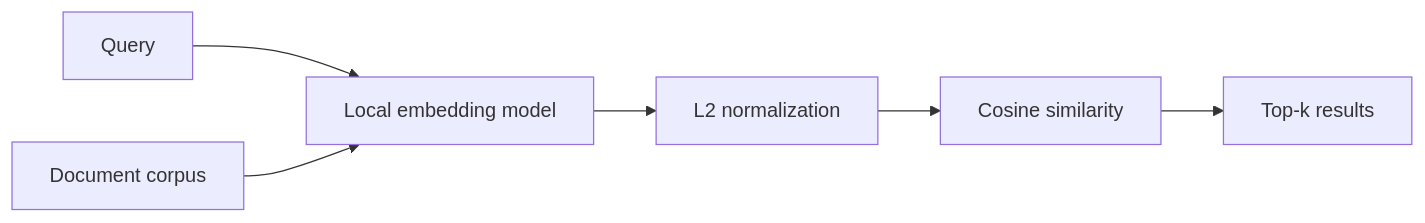
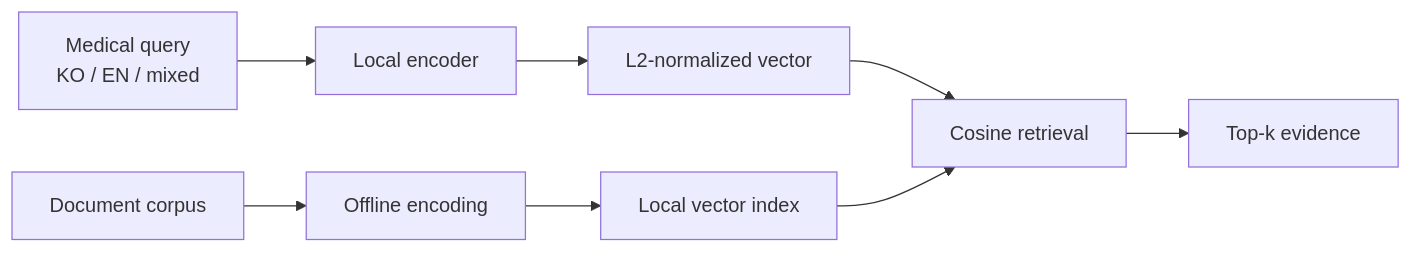
One commit to RUMPELL/K-BMEM changed the diagram in README.md. Above: the diagram before and after it, drawn with Mermaid. The commit also changed other lines of this file and 10 other files, not shown here.

````diff
--- a/README.md
+++ b/README.md
@@ -18,8 +43,10 @@
 ```mermaid
 flowchart LR
-    Q[Query] --> E[Local embedding model]
-    D[Document corpus] --> E
-    E --> N[L2 normalization]
-    N --> C[Cosine similarity]
-    C --> R[Top-k results]
+    A[Medical query<br>KO / EN / mixed] --> B[Local encoder]
+    C[Document corpus] --> D[Offline encoding]
+    B --> E[L2-normalized vector]
+    D --> F[Local vector index]
+    E --> G[Cosine retrieval]
+    F --> G
+    G --> H[Top-k evidence]
 ```
````
